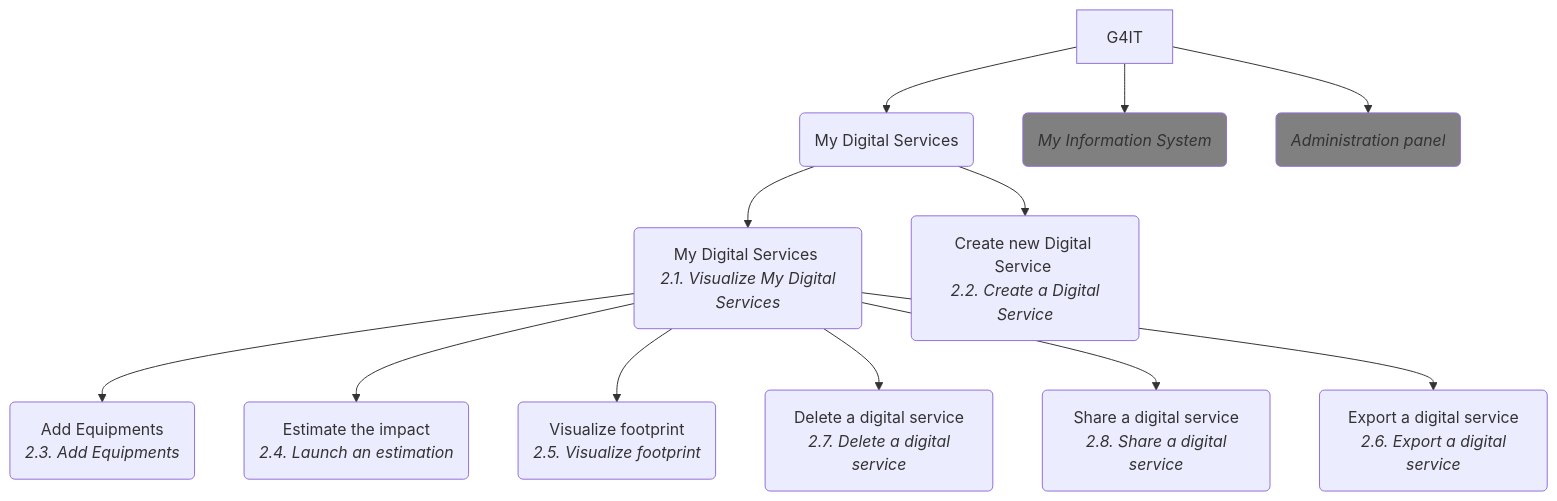
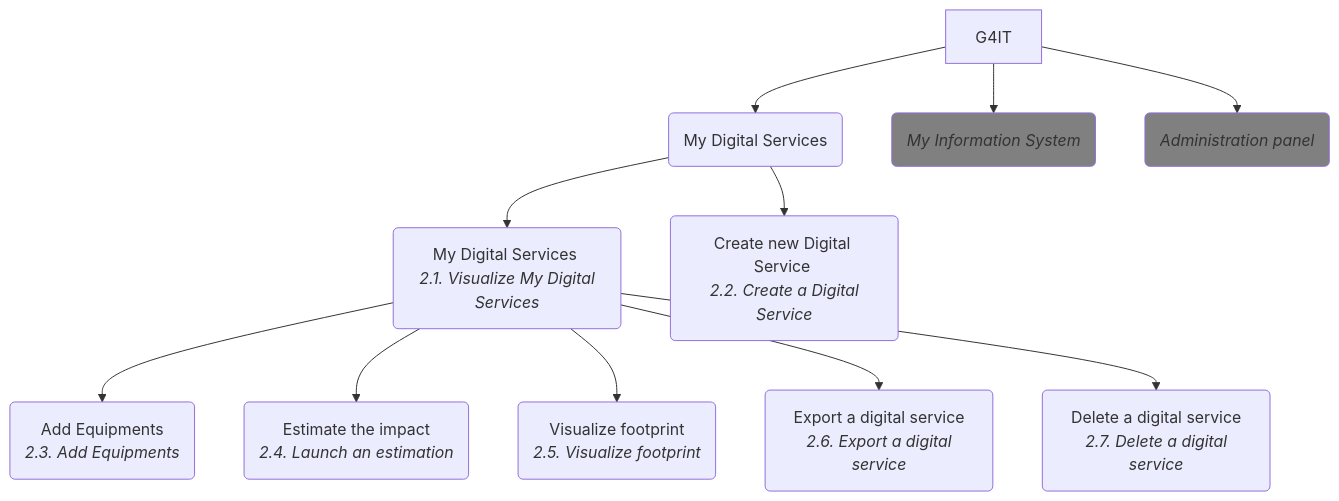
One commit to teamg4it/g4it changed the diagram in services/documentation/content/2-functional-documentation/use_cases/uc_digital_services/_index.md. Above: the diagram before and after it, drawn with Mermaid. The commit also changed other lines of this file and 20 other files, not shown here.

```diff
--- a/services/documentation/content/2-functional-documentation/use_cases/uc_digital_services/_index.md
+++ b/services/documentation/content/2-functional-documentation/use_cases/uc_digital_services/_index.md
@@ -16,19 +16,17 @@
 {{< mermaid align="center">}}
 flowchart TD;
 G4IT --> 1(My Digital Services)
 G4IT --> 2(My Information System)
 G4IT --> 3(Administration panel)
 1 --> A(My Digital Services <br><i> 2.1. Visualize My Digital Services)
 1 --> B(Create new Digital Service <br><i> 2.2. Create a Digital Service)
 A --> AC(Add Equipments <br><i> 2.3. Add Equipments)
 A --> AD(Estimate the impact <br><i> 2.4. Launch an estimation)
 A --> AE(Visualize footprint <br><i> 2.5. Visualize footprint)
-A --> AF(Delete a digital service<br><i> 2.7. Delete a digital service)
-A --> AG(Share a digital service<br><i> 2.8. Share a digital service)
-A --> AH(Export a digital service<br><i> 2.6. Export a digital service)
-
+A --> AF(Export a digital service<br><i> 2.6. Export a digital service)
+A --> AG(Delete a digital service<br><i> 2.7. Delete a digital service)
 
 classDef Type1 fill:gray, font-style: italic;
 class 2,3 Type1;
 
 {{< /mermaid >}}
```
